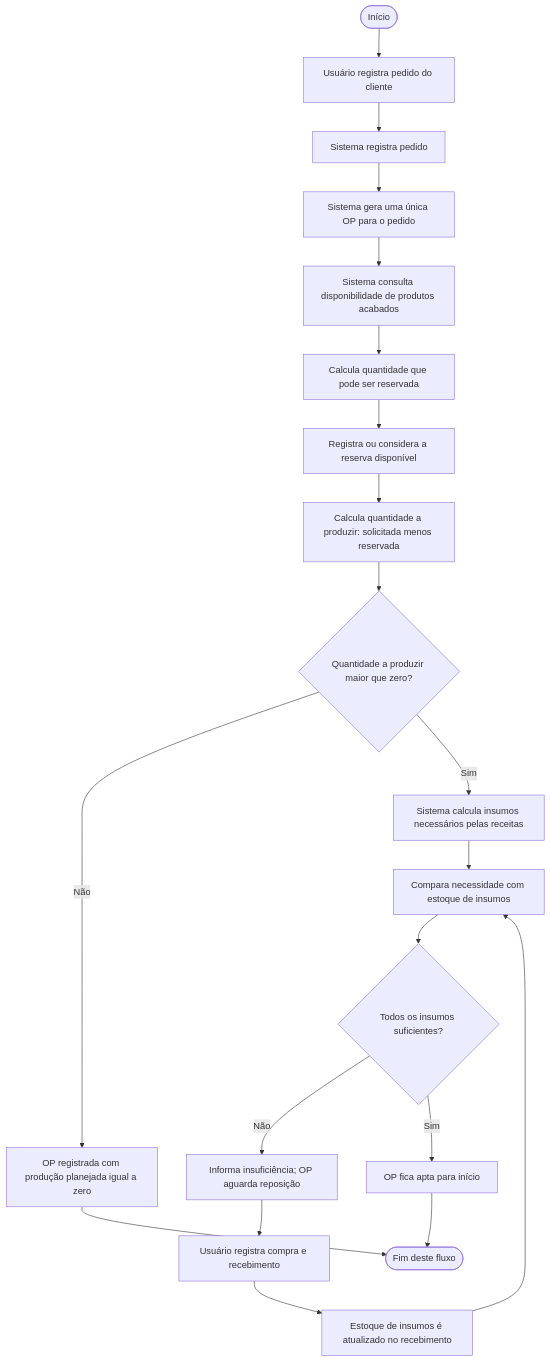
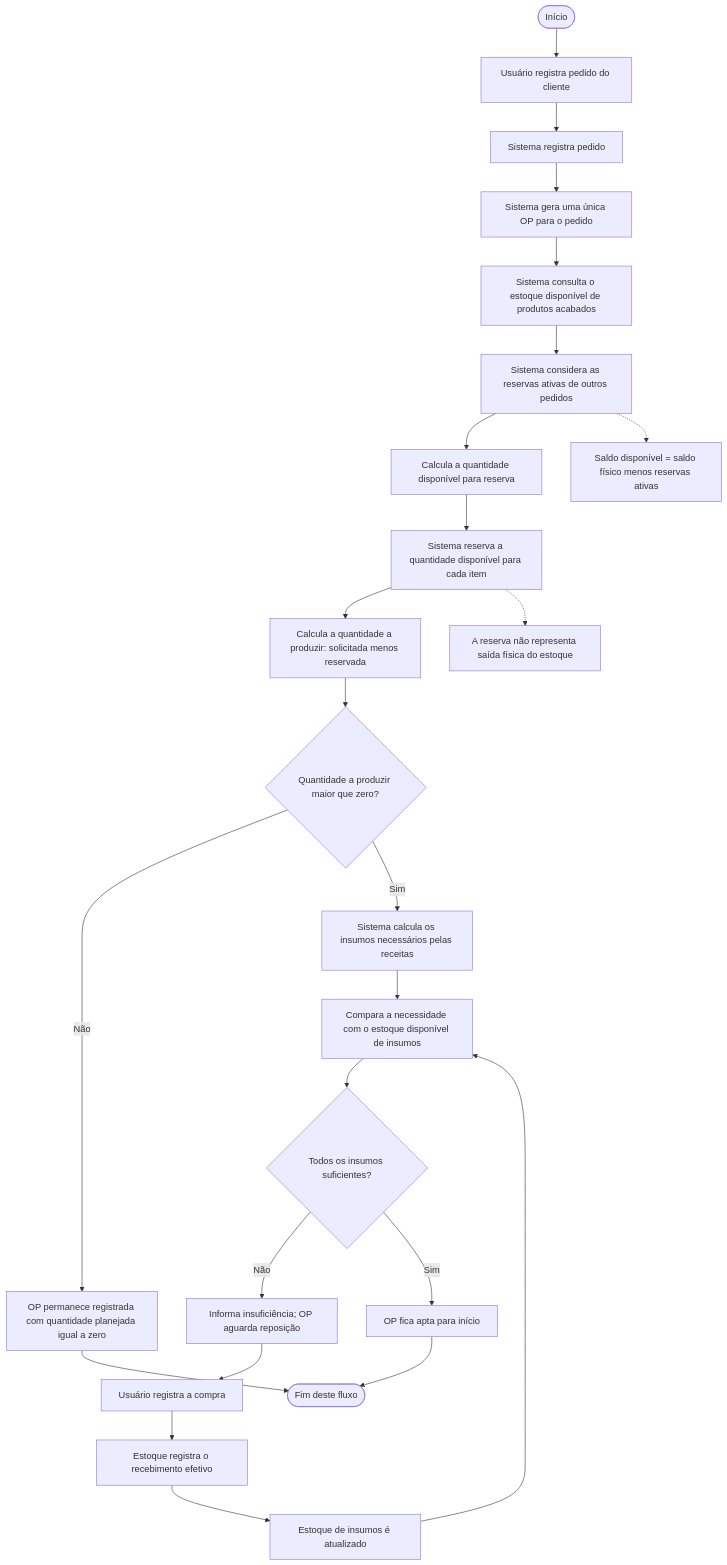
The diagram in docs/03-modelagem/atividades/atividade-pedido-producao.mmd (GabrielSantos-Silva/TCC---Gestao-Integrada), drawn with Mermaid before and after one commit.

```diff
--- a/docs/03-modelagem/atividades/atividade-pedido-producao.mmd
+++ b/docs/03-modelagem/atividades/atividade-pedido-producao.mmd
@@ -1,20 +1,29 @@
 flowchart TD
     A([Início]) --> B[Usuário registra pedido do cliente]
     B --> C[Sistema registra pedido]
     C --> D[Sistema gera uma única OP para o pedido]
-    D --> E[Sistema consulta disponibilidade de produtos acabados]
-    E --> F[Calcula quantidade que pode ser reservada]
-    F --> G[Registra ou considera a reserva disponível]
-    G --> H[Calcula quantidade a produzir: solicitada menos reservada]
-    H --> I{Quantidade a produzir maior que zero?}
-    I -- Não --> J[OP registrada com produção planejada igual a zero]
-    I -- Sim --> K[Sistema calcula insumos necessários pelas receitas]
-    K --> L[Compara necessidade com estoque de insumos]
-    L --> M{Todos os insumos suficientes?}
-    M -- Não --> N[Informa insuficiência; OP aguarda reposição]
-    N --> O[Usuário registra compra e recebimento]
-    O --> P[Estoque de insumos é atualizado no recebimento]
-    P --> L
-    M -- Sim --> Q[OP fica apta para início]
-    J --> R([Fim deste fluxo])
-    Q --> R
+    D --> E[Sistema consulta o estoque disponível de produtos acabados]
+    E --> F[Sistema considera as reservas ativas de outros pedidos]
+    F --> G[Calcula a quantidade disponível para reserva]
+    G --> H[Sistema reserva a quantidade disponível para cada item]
+    H --> I[Calcula a quantidade a produzir: solicitada menos reservada]
+    I --> J{Quantidade a produzir maior que zero?}
+
+    J -- Não --> K[OP permanece registrada com quantidade planejada igual a zero]
+    J -- Sim --> L[Sistema calcula os insumos necessários pelas receitas]
+    L --> M[Compara a necessidade com o estoque disponível de insumos]
+    M --> N{Todos os insumos suficientes?}
+
+    N -- Não --> O[Informa insuficiência; OP aguarda reposição]
+    O --> P[Usuário registra a compra]
+    P --> Q[Estoque registra o recebimento efetivo]
+    Q --> R[Estoque de insumos é atualizado]
+    R --> M
+
+    N -- Sim --> S[OP fica apta para início]
+
+    K --> T([Fim deste fluxo])
+    S --> T
+
+    H -.-> U[A reserva não representa saída física do estoque]
+    F -.-> V[Saldo disponível = saldo físico menos reservas ativas]
```
